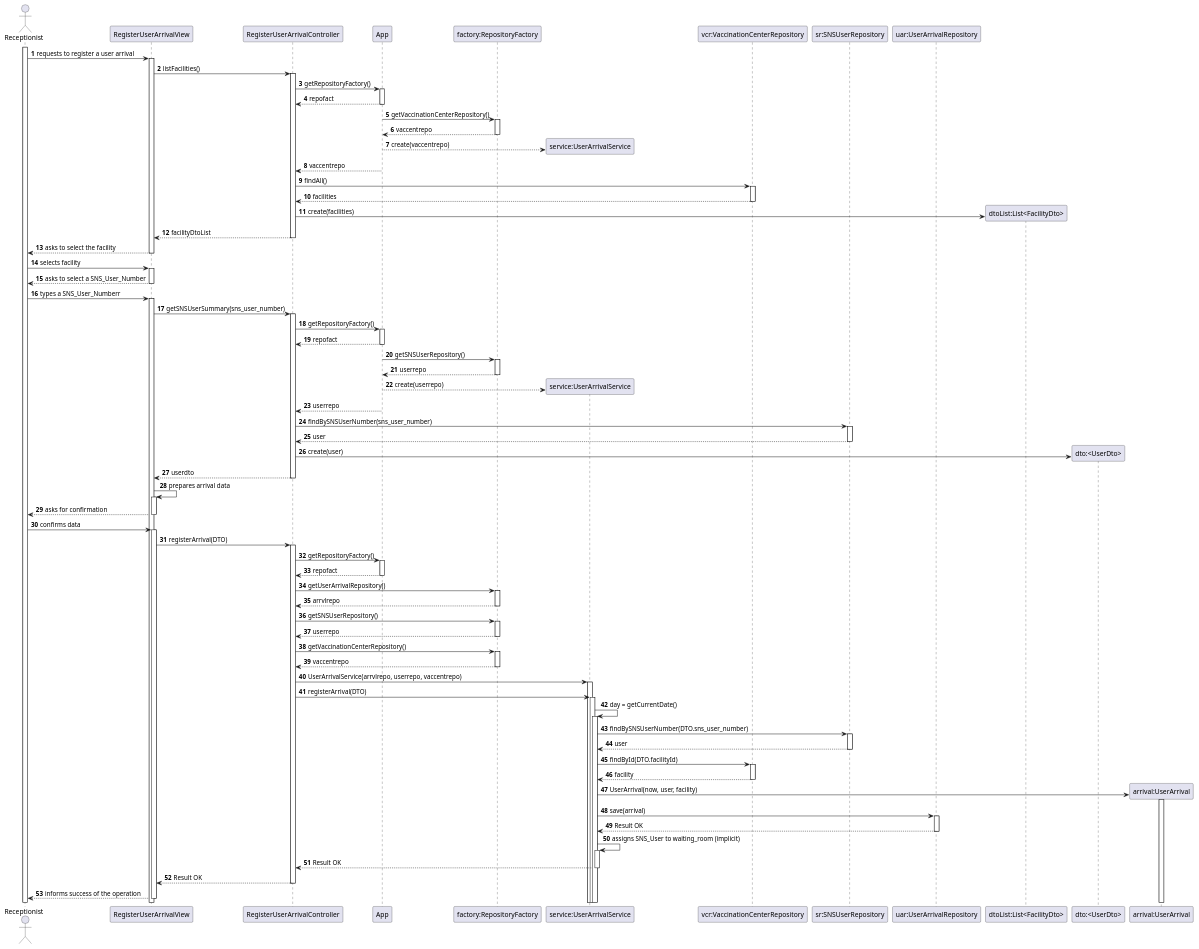
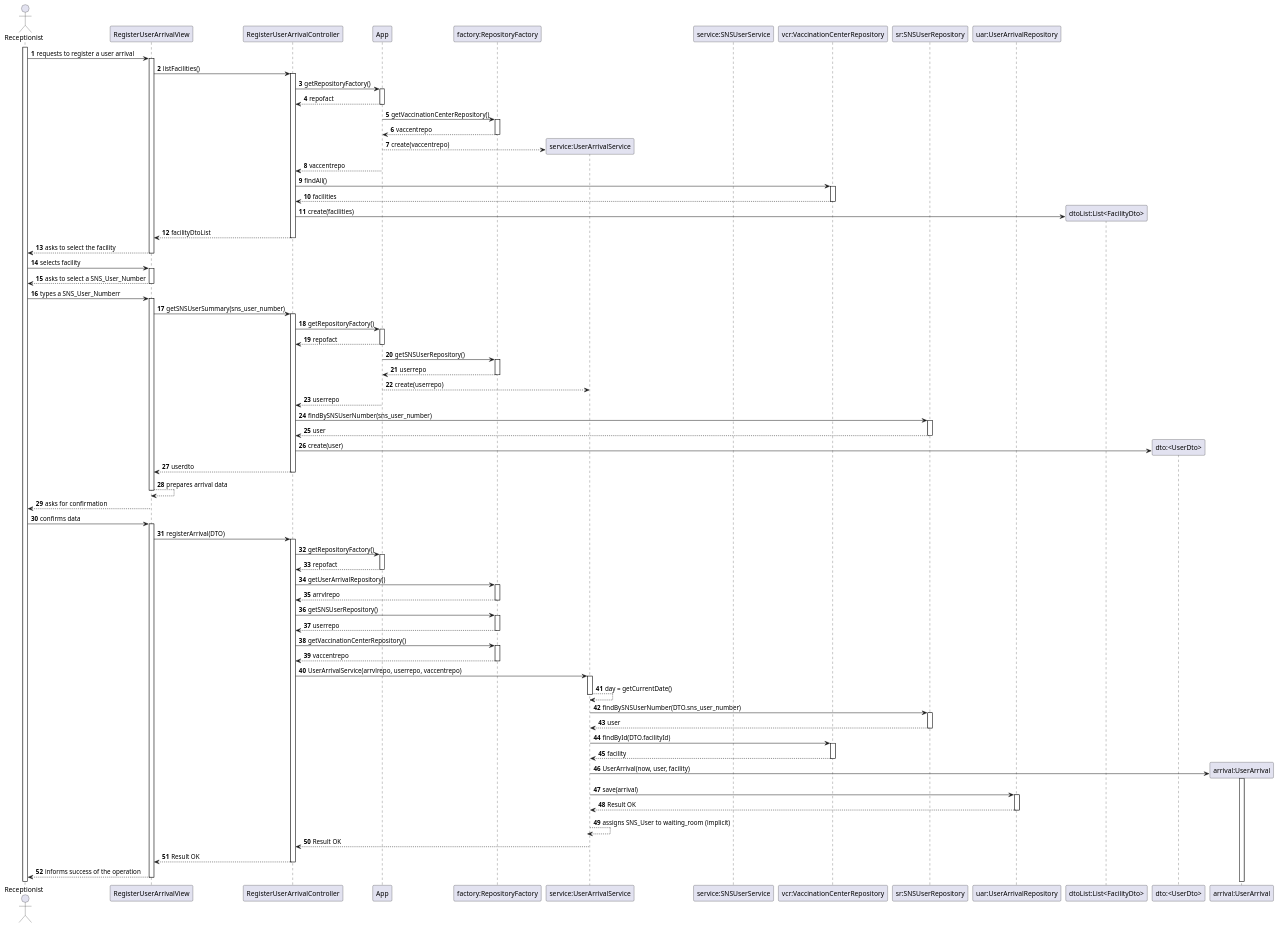
The diagram in docs/system-documentation/US22/puml/US22-SD.puml (Parafita123/leti-esoft-25-26-B1), drawn with PlantUML before and after one commit. The commit also changed 5 other files, not shown here.

Commit message:
US22 diagramas atualizados

```diff
--- a/docs/system-documentation/US22/puml/US22-SD.puml
+++ b/docs/system-documentation/US22/puml/US22-SD.puml
@@ -1,93 +1,92 @@
 @startuml
 'https://plantuml.com/sequence-diagram
 autoactivate on
 autonumber
 
 
 actor Receptionist as recep
 participant RegisterUserArrivalView as View
 participant RegisterUserArrivalController as controller
 participant App as app
 
 activate recep
 
 participant "factory:RepositoryFactory" as repofact
 participant "service:UserArrivalService" as service
+participant "service:SNSUserService" as service1
 participant "vcr:VaccinationCenterRepository" as vaccentrepo
 participant "sr:SNSUserRepository" as userrepo
 participant "uar:UserArrivalRepository" as arrvlrepo
 participant "dtoList:List<FacilityDto>" as FacilityDtoList
 participant "dto:<UserDto>" as userdto
 
 participant "arrival:UserArrival" as arrival
 
 
 recep -> View: requests to register a user arrival
 
 View -> controller: listFacilities()
 controller -> app: getRepositoryFactory()
 app --> controller: repofact
 app -> repofact: getVaccinationCenterRepository()
 repofact --> app: vaccentrepo
 app --> service**: create(vaccentrepo)
 app --> controller: vaccentrepo
 controller -> vaccentrepo: findAll()
 vaccentrepo --> controller: facilities
 controller -> FacilityDtoList**: create(facilities)
 controller --> View: facilityDtoList
 
 View --> recep: asks to select the facility
 recep -> View: selects facility
 
 View --> recep: asks to select a SNS_User_Number
 recep -> View:  types a SNS_User_Numberr
 
 View -> controller: getSNSUserSummary(sns_user_number)
 controller -> app: getRepositoryFactory()
 app --> controller: repofact
 app -> repofact: getSNSUserRepository()
 repofact --> app: userrepo
-app --> service**: create(userrepo)
+app --> service: create(userrepo)
 app --> controller: userrepo
 controller -> userrepo: findBySNSUserNumber(sns_user_number)
 userrepo --> controller: user
 controller -> userdto**: create(user)
 controller --> View: userdto
 
-View -> View: prepares arrival data
+View --> View: prepares arrival data
 View --> recep: asks for confirmation
 recep -> View: confirms data
 
 View -> controller: registerArrival(DTO)
 
 controller -> app: getRepositoryFactory()
 app --> controller: repofact
 controller -> repofact: getUserArrivalRepository()
 repofact --> controller: arrvlrepo
 controller -> repofact: getSNSUserRepository()
 repofact --> controller: userrepo
 controller -> repofact: getVaccinationCenterRepository()
 repofact --> controller: vaccentrepo
 
 controller -> service: UserArrivalService(arrvlrepo, userrepo, vaccentrepo)
 
-controller -> service: registerArrival(DTO)
-
-service -> service: day = getCurrentDate()
+service --> service: day = getCurrentDate()
 service -> userrepo: findBySNSUserNumber(DTO.sns_user_number)
 userrepo --> service: user
 service -> vaccentrepo: findById(DTO.facilityId)
 vaccentrepo --> service: facility
 
 create arrival
 service -> arrival: UserArrival(now, user, facility)
 
 service -> arrvlrepo: save(arrival)
 arrvlrepo --> service: Result OK
 
-service -> service: assigns SNS_User to waiting_room (implicit)
+service --> service: assigns SNS_User to waiting_room (implicit)
 service --> controller: Result OK
 controller --> View: Result OK
 View --> recep: informs success of the operation
 
 @enduml
```
